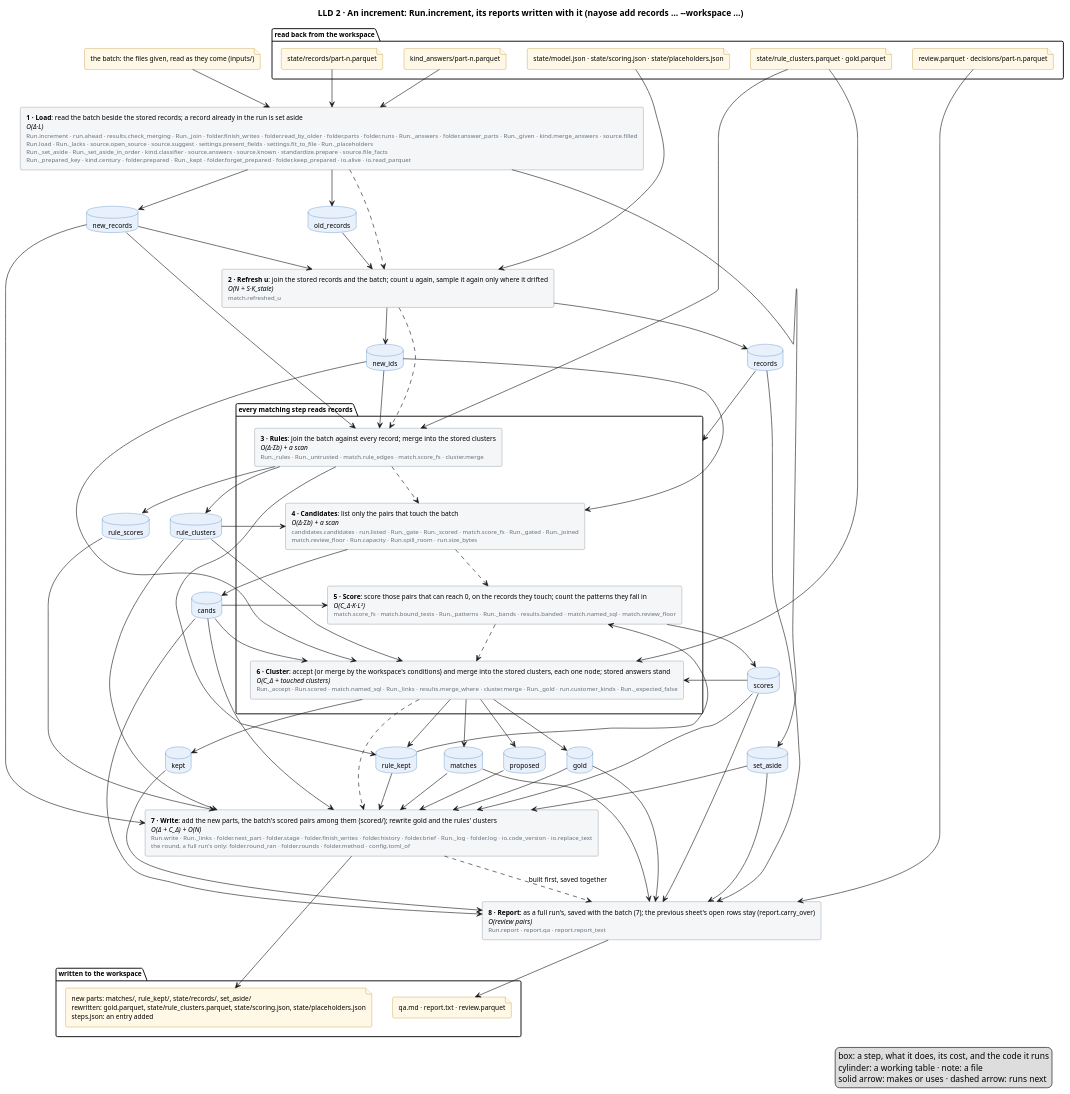
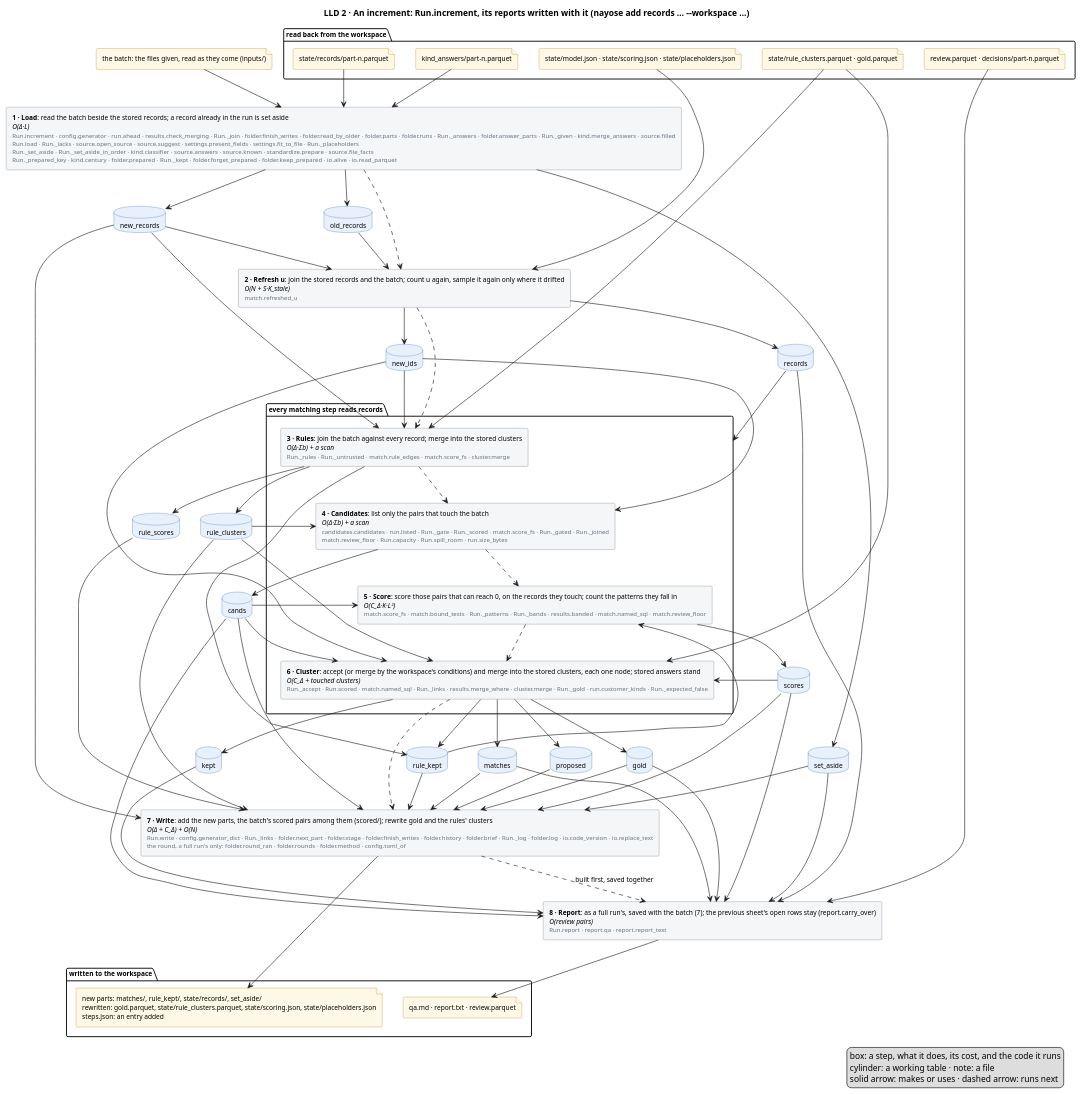
The diagram in docs/diagrams/increment.puml (mvsbm/entity_matching), drawn with PlantUML before and after one commit. The commit also changed 15 other files, not shown here.

First line of the commit message:
report.txt shows the gap the keys leave and where the candidates' time goes: the pairs the model would accept that no key lists, estimated by sampling, and each key's pairs and seconds

```diff
--- a/docs/diagrams/increment.puml
+++ b/docs/diagrams/increment.puml
@@ -1,126 +1,126 @@
 @startuml increment
 title LLD 2 · An increment: Run.increment, its reports written with it (nayose add records … ~--workspace …)
 skinparam defaultFontSize 11
 skinparam rectangle {
   BackgroundColor #F4F6F8
   BorderColor #65717E
 }
 skinparam database {
   BackgroundColor #E8F1FB
   BorderColor #2C6DB3
 }
 skinparam file {
   BackgroundColor #FFF8E6
   BorderColor #B07D00
 }
 
 package "read back from the workspace" {
   file "state/model.json · state/scoring.json · state/placeholders.json" as f_model
   file "state/records/part-n.parquet" as f_records
   file "state/rule_clusters.parquet · gold.parquet" as f_clusters
   file "kind_answers/part-n.parquet" as f_answers
   file "review.parquet · decisions/part-n.parquet" as f_sheet
 }
 file "the batch: the files given, read as they come (inputs/)" as f_batch
 
 
-rectangle "<b>1 · Load</b>: read the batch beside the stored records; a record already in the run is set aside\n<i>O(Δ·L)</i>\n<size:10><color:#65717E>Run.increment · run.ahead · results.check_merging · Run._join · folder.finish_writes · folder.read_by_older · folder.parts · folder.runs · Run._answers · folder.answer_parts · Run._given · kind.merge_answers · source.filled</color></size>\n<size:10><color:#65717E>Run.load · Run._lacks · source.open_source · source.suggest · settings.present_fields · settings.fit_to_file · Run._placeholders</color></size>\n<size:10><color:#65717E>Run._set_aside · Run._set_aside_in_order · kind.classifier · source.answers · source.known · standardize.prepare · source.file_facts</color></size>\n<size:10><color:#65717E>Run._prepared_key · kind.century · folder.prepared · Run._kept · folder.forget_prepared · folder.keep_prepared · io.alive · io.read_parquet</color></size>" as load
+rectangle "<b>1 · Load</b>: read the batch beside the stored records; a record already in the run is set aside\n<i>O(Δ·L)</i>\n<size:10><color:#65717E>Run.increment · config.generator · run.ahead · results.check_merging · Run._join · folder.finish_writes · folder.read_by_older · folder.parts · folder.runs · Run._answers · folder.answer_parts · Run._given · kind.merge_answers · source.filled</color></size>\n<size:10><color:#65717E>Run.load · Run._lacks · source.open_source · source.suggest · settings.present_fields · settings.fit_to_file · Run._placeholders</color></size>\n<size:10><color:#65717E>Run._set_aside · Run._set_aside_in_order · kind.classifier · source.answers · source.known · standardize.prepare · source.file_facts</color></size>\n<size:10><color:#65717E>Run._prepared_key · kind.century · folder.prepared · Run._kept · folder.forget_prepared · folder.keep_prepared · io.alive · io.read_parquet</color></size>" as load
 rectangle "<b>2 · Refresh u</b>: join the stored records and the batch; count u again, sample it again only where it drifted\n<i>O(N + S·K_stale)</i>\n<size:10><color:#65717E>match.refreshed_u</color></size>" as fit
 package "every matching step reads records" as matching {
   rectangle "<b>3 · Rules</b>: join the batch against every record; merge into the stored clusters\n<i>O(Δ·Σb) + a scan</i>\n<size:10><color:#65717E>Run._rules · Run._untrusted · match.rule_edges · match.score_fs · cluster.merge</color></size>" as rules
   rectangle "<b>4 · Candidates</b>: list only the pairs that touch the batch\n<i>O(Δ·Σb) + a scan</i>\n<size:10><color:#65717E>candidates.candidates · run.listed · Run._gate · Run._scored · match.score_fs · Run._gated · Run._joined</color></size>\n<size:10><color:#65717E>match.review_floor · Run.capacity · Run.spill_room · run.size_bytes</color></size>" as candidates
   rectangle "<b>5 · Score</b>: score those pairs that can reach 0, on the records they touch; count the patterns they fall in\n<i>O(C_Δ·K·L²)</i>\n<size:10><color:#65717E>match.score_fs · match.bound_tests · Run._patterns · Run._bands · results.banded · match.named_sql · match.review_floor</color></size>" as score
   rectangle "<b>6 · Cluster</b>: accept (or merge by the workspace's conditions) and merge into the stored clusters, each one node; stored answers stand\n<i>O(C_Δ + touched clusters)</i>\n<size:10><color:#65717E>Run._accept · Run.scored · match.named_sql · Run._links · results.merge_where · cluster.merge · Run._gold · run.customer_kinds · Run._expected_false</color></size>" as cluster
 }
-rectangle "<b>7 · Write</b>: add the new parts, the batch's scored pairs among them (scored/); rewrite gold and the rules' clusters\n<i>O(Δ + C_Δ) + O(N)</i>\n<size:10><color:#65717E>Run.write · Run._links · folder.next_part · folder.stage · folder.finish_writes · folder.history · folder.brief · Run._log · folder.log · io.code_version · io.replace_text</color></size>\n<size:10><color:#65717E>the round, a full run's only: folder.round_ran · folder.rounds · folder.method · config.toml_of</color></size>" as write
+rectangle "<b>7 · Write</b>: add the new parts, the batch's scored pairs among them (scored/); rewrite gold and the rules' clusters\n<i>O(Δ + C_Δ) + O(N)</i>\n<size:10><color:#65717E>Run.write · config.generator_dict · Run._links · folder.next_part · folder.stage · folder.finish_writes · folder.history · folder.brief · Run._log · folder.log · io.code_version · io.replace_text</color></size>\n<size:10><color:#65717E>the round, a full run's only: folder.round_ran · folder.rounds · folder.method · config.toml_of</color></size>" as write
 rectangle "<b>8 · Report</b>: as a full run's, saved with the batch (7); the previous sheet's open rows stay (report.carry_over)\n<i>O(review pairs)</i>\n<size:10><color:#65717E>Run.report · report.qa · report.report_text</color></size>" as report
 database "old_records" as old_records
 database "new_records" as new_records
 database "set_aside" as set_aside
 database "records" as records
 database "new_ids" as new_ids
 database "rule_clusters" as rule_clusters
 database "rule_kept" as rule_kept
 database "cands" as cands
 database "scores" as scores
 database "rule_scores" as rule_scores
 database "matches" as matches
 database "proposed" as proposed
 database "kept" as kept
 database "gold" as gold
 
 package "written to the workspace" {
   file "new parts: matches/, rule_kept/, state/records/, set_aside/\nrewritten: gold.parquet, state/rule_clusters.parquet, state/scoring.json, state/placeholders.json\nsteps.json: an entry added" as f_out
   file "qa.md · report.txt · review.parquet" as f_people
 }
 
 f_batch --> load
 f_records --> load
 f_answers --> load
 f_model --> fit
 f_clusters --> rules
 f_clusters --> cluster
 f_sheet --> report
 
 load ..> fit
 fit ..> rules
 rules ..> candidates
 candidates ..> score
 score ..> cluster
 cluster ..> write
 write ..> report : built first, saved together
 
 load --> old_records
 load --> new_records
 load --> set_aside
 old_records --> fit
 new_records --> fit
 fit --> records
 fit --> new_ids
 records --> matching
 new_records --> rules
 new_ids --> rules
 rules --> rule_clusters
 rules --> rule_kept
 rules --> rule_scores
 rule_scores --> write
 cands --> write
 scores --> write
 new_ids --> candidates
 candidates --> cands
 cands --> score
 score --> scores
 new_ids --> cluster
 rule_clusters --> candidates
 rule_clusters --> cluster
 cands --> cluster
 scores --> cluster
 cluster --> matches
 cluster --> proposed
 cluster --> kept
 cluster --> rule_kept
 kept --> report
 proposed --> write
 cluster --> gold
 new_records --> write
 rule_clusters --> write
 rule_kept --> write
 rule_kept --> score
 matches --> write
 gold --> write
 set_aside --> write
 records --> report
 cands --> report
 scores --> report
 matches --> report
 gold --> report
 set_aside --> report
 
 write --> f_out
 report --> f_people
 legend right
   box: a step, what it does, its cost, and the code it runs
   cylinder: a working table · note: a file
   solid arrow: makes or uses · dashed arrow: runs next
 endlegend
 @enduml
```
